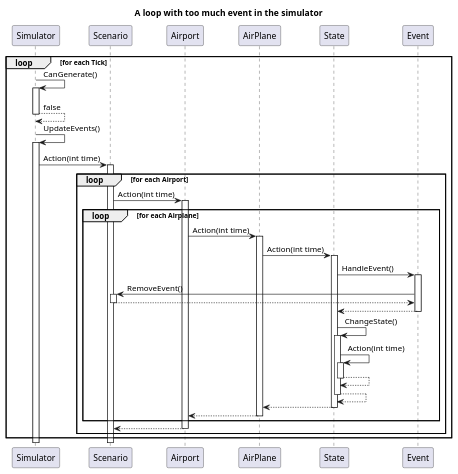
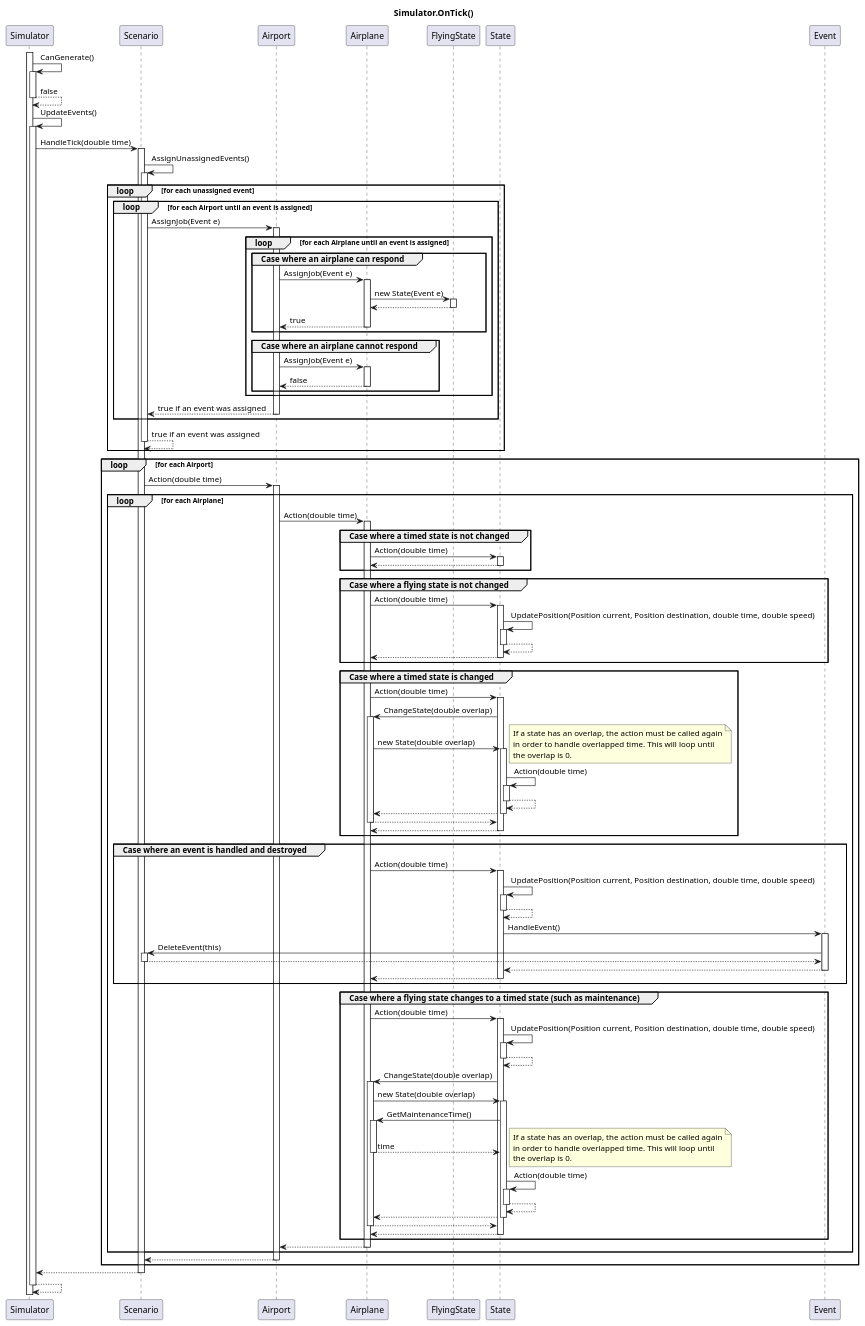
One commit to darkhappy/flightsim changed the diagram in Documentation/Diagrams/Sequences/LoopInSimulator.puml. Above: the diagram before and after it, drawn with PlantUML. The commit also changed 3 other files, not shown here.

Commit message:
UML: Basically done (probably needs finishing touches)

```diff
--- a/Documentation/Diagrams/Sequences/LoopInSimulator.puml
+++ b/Documentation/Diagrams/Sequences/LoopInSimulator.puml
@@ -1,73 +1,99 @@
 @startuml Loop in simulator
-title A loop with too much event in the simulator
+title Simulator.OnTick()
 'hello jp
-loop for each Tick
+Simulator ++
 Simulator -> Simulator ++: CanGenerate()
 return false
 Simulator -> Simulator ++: UpdateEvents()
-Simulator -> Scenario ++: Action(int time)
+Simulator -> Scenario ++: HandleTick(double time)
+    Scenario ->  Scenario ++: AssignUnassignedEvents()
+    loop for each unassigned event
+        loop for each Airport until an event is assigned
+            Scenario -> Airport ++: AssignJob(Event e)
+            loop for each Airplane until an event is assigned
+                group Case where an airplane can respond
+                    Airport -> Airplane ++: AssignJob(Event e)
+                    Airplane -> FlyingState ++: new State(Event e)
+                    return
+                    return true
+                end
+                group Case where an airplane cannot respond
+                    Airport -> Airplane ++: AssignJob(Event e)
+                    return false
+                end
+            end
+            return true if an event was assigned
+        end
+        return true if an event was assigned
+    end
     loop for each Airport
-        Scenario -> Airport ++: Action(int time)
+        Scenario -> Airport ++: Action(double time)
         loop for each Airplane
-            Airport -> AirPlane ++: Action(int time)
-            AirPlane -> State ++: Action(int time)
-            State -> Event ++: HandleEvent()
-            Event -> Scenario ++: RemoveEvent()
-            return
-            return
-            State -> State ++: ChangeState()
-            State -> State ++: Action(int time)
-            return
-            return
-            return
-            return
+            Airport -> Airplane ++: Action(double time)
             
-            /'group if airplane is a FightPlane
-                Airport -> FightPlane ++: Action(int time)
-                FightPlane -> Fight ++: Action(int time)
-                Fight -> EventFight ++: HandleEvent()
-                EventFight -> Scenario ++: RemoveEvent()
-                
+            group Case where a timed state is not changed
+                Airplane -> State ++: Action(double time)
+                return
+            end
+            
+            group Case where a flying state is not changed
+                Airplane -> State ++: Action(double time)
+                State -> State ++: UpdatePosition(Position current, Position destination, double time, double speed)
+                return 
+                return
+            end
+            
+            group Case where a timed state is changed
+                Airplane -> State ++: Action(double time)
+                State -> Airplane ++: ChangeState(double overlap)
+                Airplane -> State ++: new State(double overlap)
+                note right
+                    If a state has an overlap, the action must be called again
+                    in order to handle overlapped time. This will loop until
+                    the overlap is 0.
+                end note 
+                State -> State ++: Action(double time)
+                return 
                 return 
                 return
                 return
+            end
+            
+            group Case where an event is handled and destroyed
+                Airplane -> State ++: Action(double time)
+                State -> State ++: UpdatePosition(Position current, Position destination, double time, double speed)
                 return
-            end
-            group if airplane is a ScoutPlane
-                Airport -> ScoutPlane ++: Action(int time)
-                ScoutPlane -> Scout ++: Action(int time)
-                Scout -> EventScout ++: HandleEvent()
+                State -> Event ++: HandleEvent()
+                Event -> Scenario ++: DeleteEvent(this)
                 return
                 return
                 return
             end
             
-            group if airplane is a TransportPlane
-                Airport -> TransportPlane ++: Action(int time)
-                TransportPlane -> Transport ++: Action(int tim)
-                Transport -> EventClient ++: HandleEvent()
-                EventClient -> Scenario ++: RemoveEvent()
+            group Case where a flying state changes to a timed state (such as maintenance)
+                Airplane -> State ++: Action(double time)
+                State -> State ++: UpdatePosition(Position current, Position destination, double time, double speed)
+                return 
+                State -> Airplane ++: ChangeState(double overlap)
+                Airplane -> State ++: new State(double overlap)
+                State -> Airplane ++: GetMaintenanceTime()
+                return time
+                note right
+                    If a state has an overlap, the action must be called again
+                    in order to handle overlapped time. This will loop until
+                    the overlap is 0.
+                end note 
+                State -> State ++: Action(double time)
+                return 
+                return 
                 return
                 return
-                Transport -> Transport ++: ChangeState(int time)
-                return
-                return
-                return
-                
             end
-            group if airplane is a RescuePlane
-               Airport -> RescuePlane ++: Action(int time)
-               RescuePlane -> Rescue ++: Action(int time)
-               Rescue -> EventRescue ++: HandleEvent()
-               return
-               return
-               return
-            end
-            '/
+            return
         end
         return
     end
-end
-
+    return
+return
 
 @enduml
```
